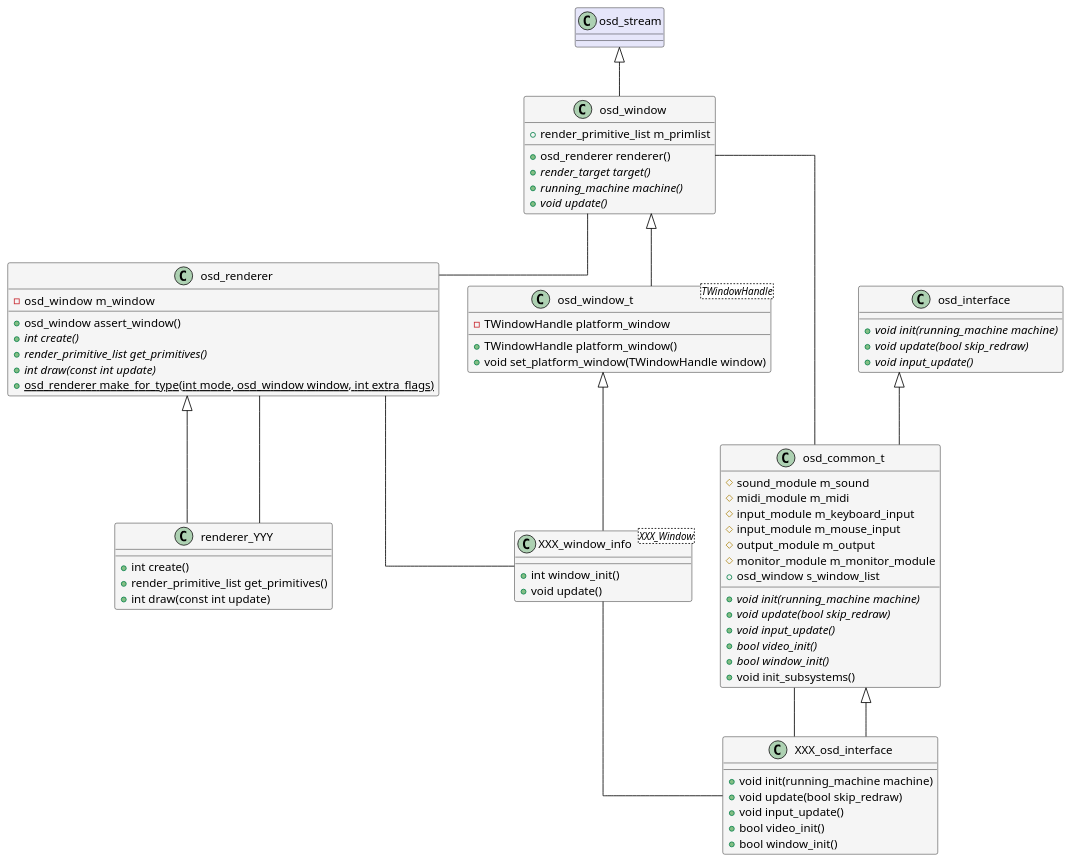
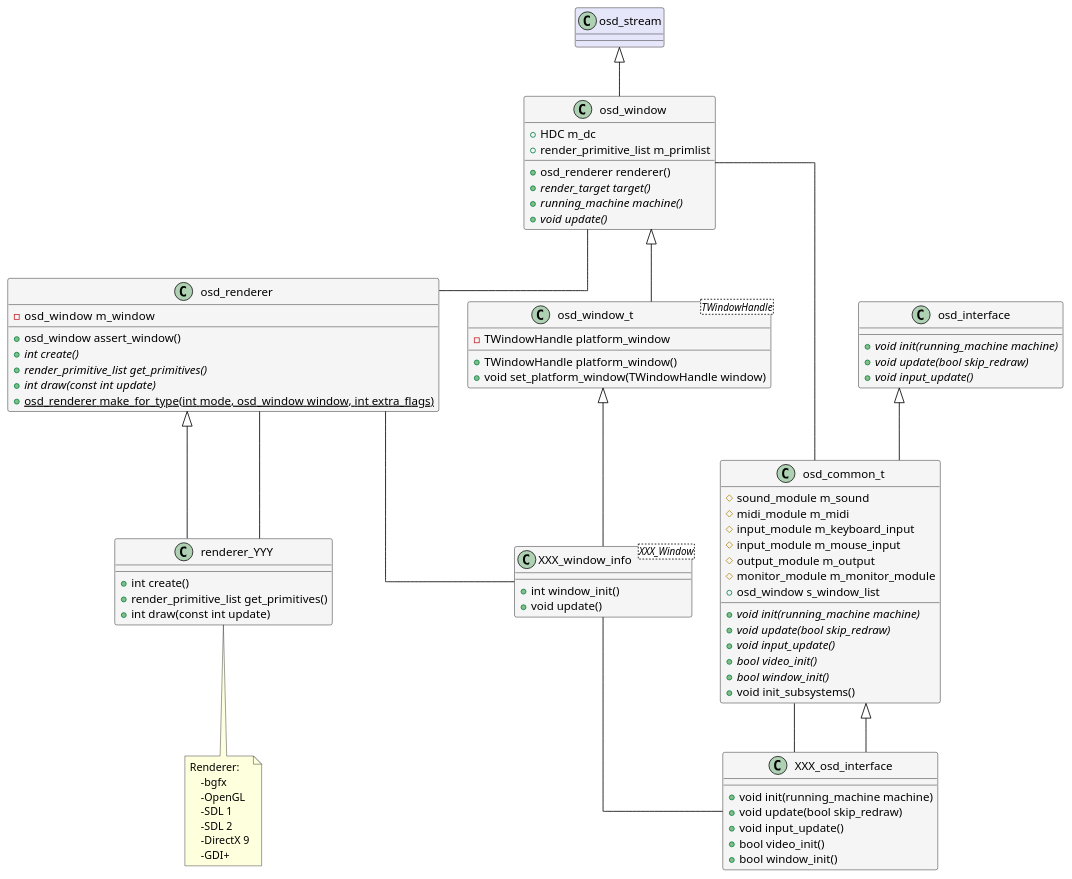
Before and after one commit to mikymaione/MAMEStreamingPlatform: the diagram in Streaming/UML/class.puml, drawn with PlantUML.

```diff
--- a/Streaming/UML/class.puml
+++ b/Streaming/UML/class.puml
@@ -1,87 +1,100 @@
 @startuml mame
+
+set namespaceSeparator ::
 
 skinparam LineType ortho
 skinparam ArrowColor black
 skinparam Shadowing false
 
 skinparam class {
     BackgroundColor WhiteSmoke
     BorderColor black
 }
 
 class osd_renderer {
     -osd_window  m_window
     +osd_window assert_window()
     {abstract} +int create()
     {abstract} +render_primitive_list get_primitives()
     {abstract} +int draw(const int update)
     {static} +osd_renderer make_for_type(int mode, osd_window window, int extra_flags)
 }
 
 class renderer_YYY extends osd_renderer {    
     +int create()
     +render_primitive_list get_primitives()    
     +int draw(const int update)
 }
 
 osd_window -- osd_renderer
 renderer_YYY -- osd_renderer
 
 class osd_window_t<TWindowHandle> extends osd_window {
     -TWindowHandle platform_window
     +TWindowHandle platform_window()
 	+void set_platform_window(TWindowHandle window)
 }
 
 class osd_stream #Lavender
 
 class osd_window extends osd_stream {    
+    +HDC m_dc
     +render_primitive_list m_primlist
     +osd_renderer renderer()        
     {abstract} +render_target target()    
     {abstract} +running_machine machine()
     {abstract} +void update()    
 }
 
 class XXX_window_info<XXX_Window> extends osd_window_t {    
     +int window_init()
     +void update()
 }
 
 osd_renderer -- XXX_window_info
 osd_common_t -- XXX_osd_interface
 XXX_window_info -- XXX_osd_interface
 
 class XXX_osd_interface extends osd_common_t {
     +void init(running_machine machine)
     +void update(bool skip_redraw)
     +void input_update()
     +bool video_init()
     +bool window_init()
 }
 
 osd_window -- osd_common_t
 
 class osd_interface {
 	{abstract} +void init(running_machine machine)
 	{abstract} +void update(bool skip_redraw)
 	{abstract} +void input_update()
 }
 
 class osd_common_t extends osd_interface {
     #sound_module m_sound
     #midi_module m_midi
     #input_module m_keyboard_input
     #input_module m_mouse_input 
     #output_module m_output
     #monitor_module m_monitor_module
     +osd_window s_window_list
     {abstract} + void init(running_machine machine)
     {abstract} + void update(bool skip_redraw)
     {abstract} + void input_update()
     {abstract} +bool video_init()
     {abstract} +bool window_init()
     +void init_subsystems()
 }
 
+note bottom of renderer_YYY
+Renderer:
+    -bgfx
+    -OpenGL
+    -SDL 1
+    -SDL 2
+    -DirectX 9
+    -GDI+
+end note
+
 @enduml
```
